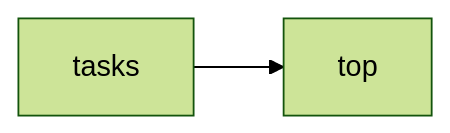
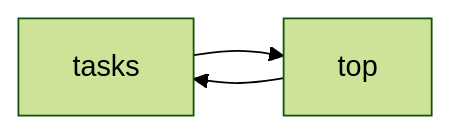
One commit to Han-Haocheng/project-flow changed diagram 12 of 14 in docs/project-description.md. Above: the diagram before and after it, drawn with Mermaid (forest theme). The commit also changed other lines of this file and 8 other files, not shown here.

First line of the commit message:
feat(flow): flow task next 机器给出下一步 + acceptance 可执行验证

````diff
--- a/docs/project-description.md
+++ b/docs/project-description.md
@@ -840,4 +840,5 @@
 ```mermaid
 graph LR
   m1["tasks"] --> m0["top"]
+  m0["top"] --> m1["tasks"]
 ```
````
